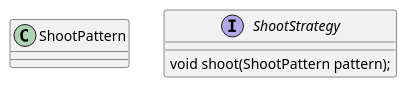
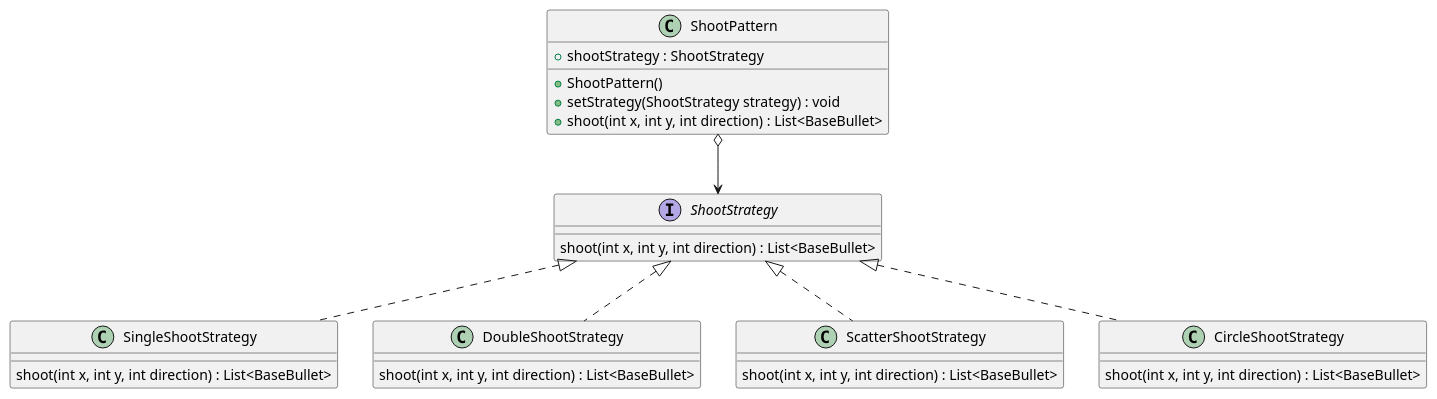
One commit to RainyTianyi/HITSZ_java_exp changed the diagram in uml/Strategy.puml. Above: the diagram before and after it, drawn with PlantUML.

Commit message:
策略模式uml图绘制

```diff
--- a/uml/Strategy.puml
+++ b/uml/Strategy.puml
@@ -1,14 +1,35 @@
 @startuml
 'https://plantuml.com/class-diagram
 
 ' 上下文单元
 class ShootPattern {
+    + shootStrategy : ShootStrategy
+    + ShootPattern()
+    + setStrategy(ShootStrategy strategy) : void
+    + shoot(int x, int y, int direction) : List<BaseBullet>
+}
 
-}
+ShootPattern o--> ShootStrategy
 
 ' 策略接口
 interface ShootStrategy {
-    void shoot(ShootPattern pattern);
+    shoot(int x, int y, int direction) : List<BaseBullet>
+}
+
+class SingleShootStrategy implements ShootStrategy {
+    shoot(int x, int y, int direction) : List<BaseBullet>
+}
+
+class DoubleShootStrategy implements ShootStrategy {
+    shoot(int x, int y, int direction) : List<BaseBullet>
+}
+
+class ScatterShootStrategy implements ShootStrategy {
+    shoot(int x, int y, int direction) : List<BaseBullet>
+}
+
+class CircleShootStrategy implements ShootStrategy {
+    shoot(int x, int y, int direction) : List<BaseBullet>
 }
 
 @enduml
```
